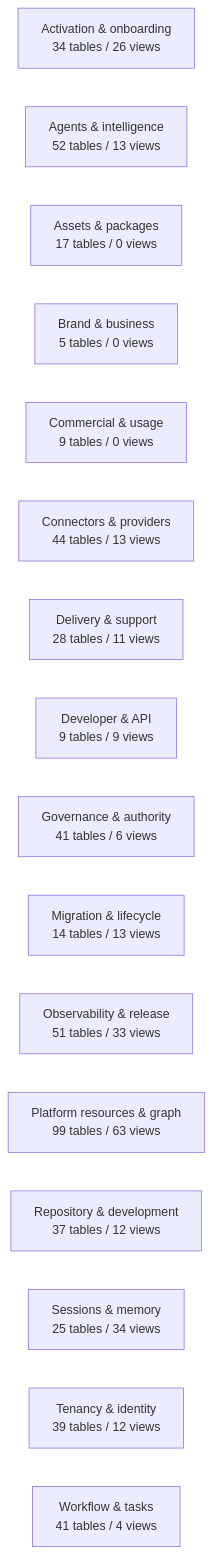
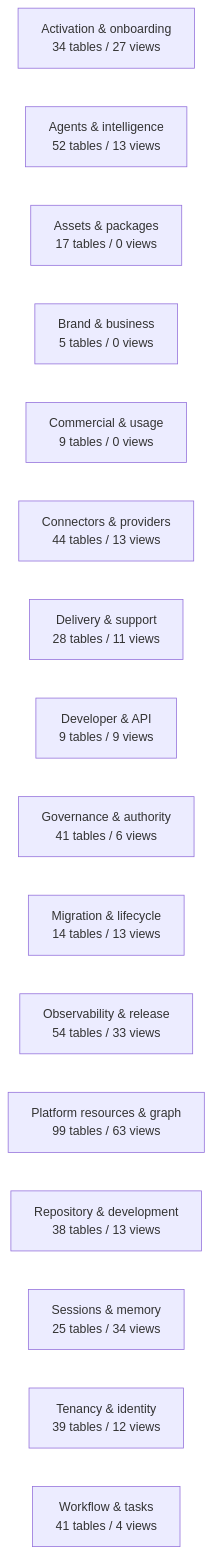
The diagram in docs/work-maps/data-model-domain-map.md (mad4bdigital-ai/multi-business-multi-role-growth-intelligence-os), drawn with Mermaid before and after one commit. The commit also changed other lines of this file and 11 other files, not shown here.

````diff
--- a/docs/work-maps/data-model-domain-map.md
+++ b/docs/work-maps/data-model-domain-map.md
@@ -9,19 +9,19 @@
 ```mermaid
 flowchart LR
-  n_Activation___onboarding["Activation & onboarding<br/>34 tables / 26 views"]
+  n_Activation___onboarding["Activation & onboarding<br/>34 tables / 27 views"]
   n_Agents___intelligence["Agents & intelligence<br/>52 tables / 13 views"]
   n_Assets___packages["Assets & packages<br/>17 tables / 0 views"]
   n_Brand___business["Brand & business<br/>5 tables / 0 views"]
   n_Commercial___usage["Commercial & usage<br/>9 tables / 0 views"]
   n_Connectors___providers["Connectors & providers<br/>44 tables / 13 views"]
   n_Delivery___support["Delivery & support<br/>28 tables / 11 views"]
   n_Developer___API["Developer & API<br/>9 tables / 9 views"]
   n_Governance___authority["Governance & authority<br/>41 tables / 6 views"]
   n_Migration___lifecycle["Migration & lifecycle<br/>14 tables / 13 views"]
-  n_Observability___release["Observability & release<br/>51 tables / 33 views"]
+  n_Observability___release["Observability & release<br/>54 tables / 33 views"]
   n_Platform_resources___graph["Platform resources & graph<br/>99 tables / 63 views"]
-  n_Repository___development["Repository & development<br/>37 tables / 12 views"]
+  n_Repository___development["Repository & development<br/>38 tables / 13 views"]
   n_Sessions___memory["Sessions & memory<br/>25 tables / 34 views"]
   n_Tenancy___identity["Tenancy & identity<br/>39 tables / 12 views"]
   n_Workflow___tasks["Workflow & tasks<br/>41 tables / 4 views"]
 ```
````
